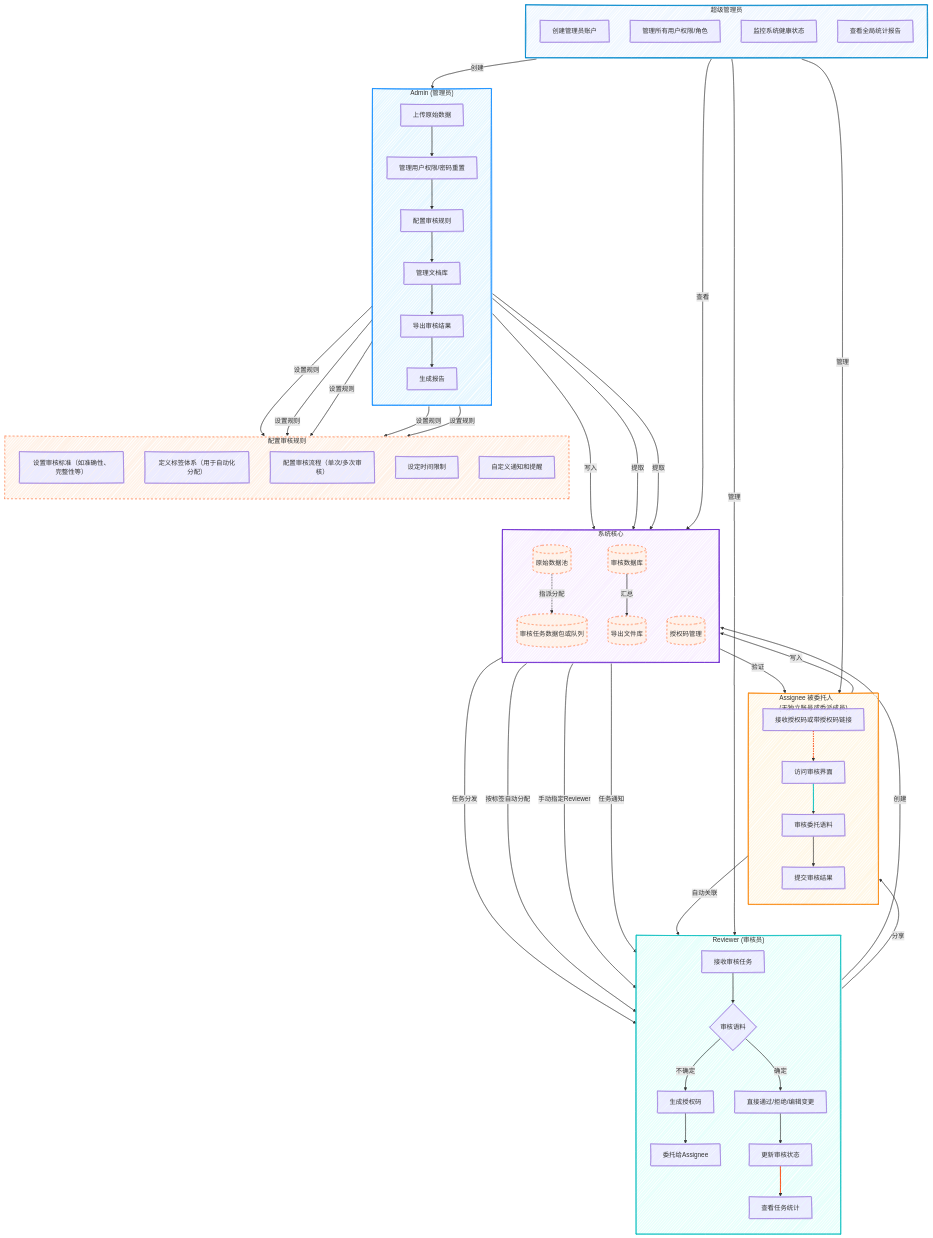
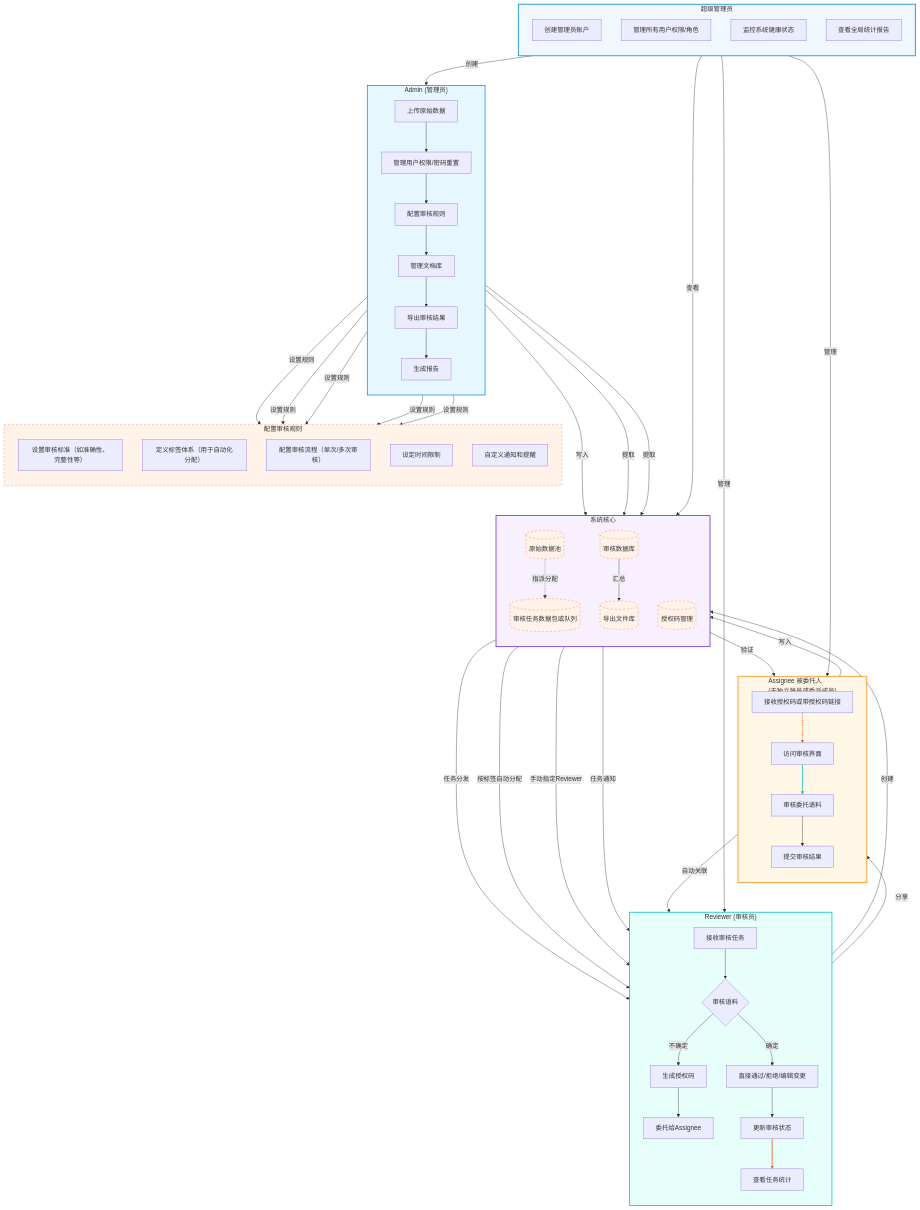
The diagram in README.md (zinodynn/revdata), drawn with Mermaid before and after one commit. The commit also changed 1 other file, not shown here.

Commit message:
feat: add MIT License and update README structure

````diff
--- a/README.md
+++ b/README.md
@@ -5,10 +5,4 @@
 ```mermaid 
----
-config:
-    look: handDrawn
-    theme: default 
----
-
 flowchart TB
     %% 定义泳道
     subgraph SUPERADMIN["超级管理员"]
````
